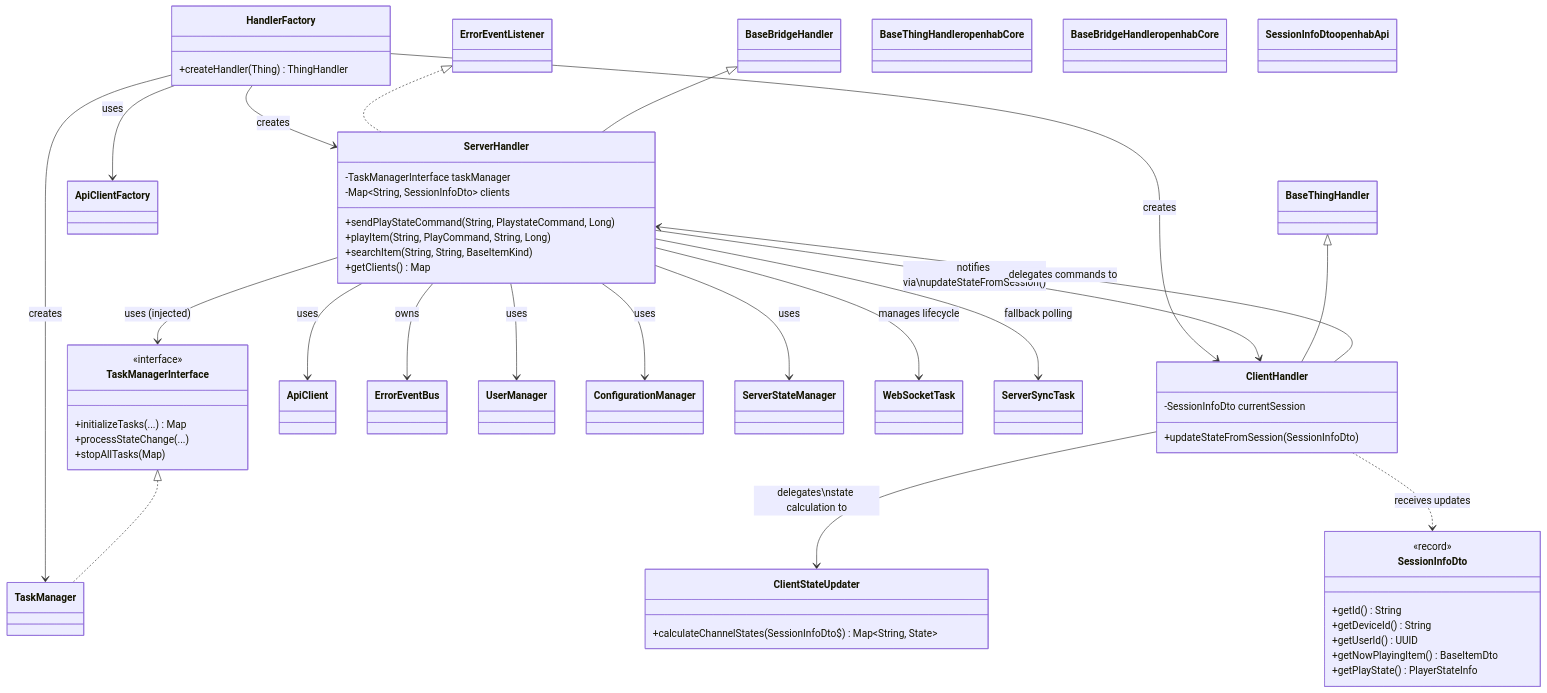
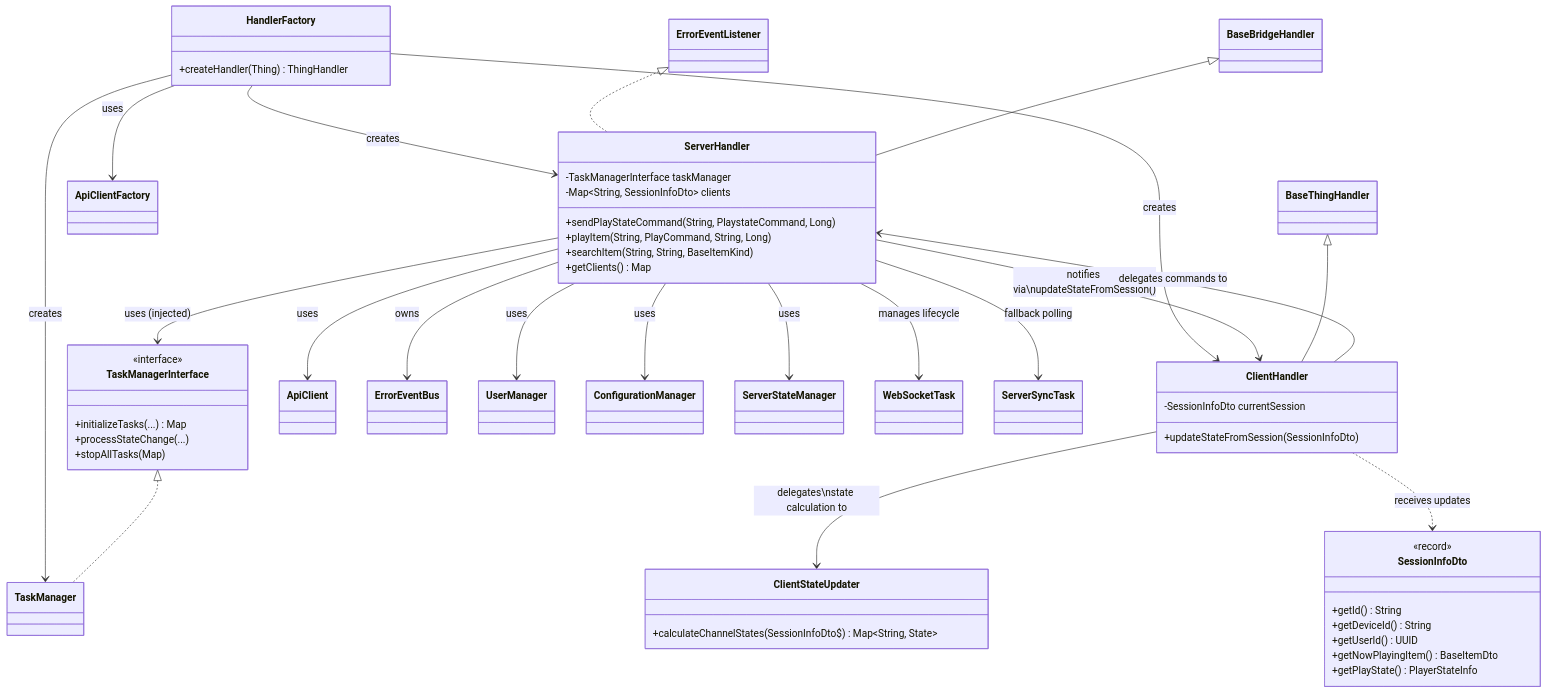
The diagram in bundles/org.openhab.binding.jellyfin/docs/architecture/core-handler.md (openhab/openhab-addons), drawn with Mermaid before and after one commit. The commit also changed 5 other files, not shown here.

First line of the commit message:
🐛 fix: Correct Mermaid cssClass syntax for color application

````diff
--- a/bundles/org.openhab.binding.jellyfin/docs/architecture/core-handler.md
+++ b/bundles/org.openhab.binding.jellyfin/docs/architecture/core-handler.md
@@ -6,73 +6,73 @@
 ```mermaid
 classDiagram
     %% Core handler relationships
     HandlerFactory --> ServerHandler : creates
     HandlerFactory --> ClientHandler : creates
     HandlerFactory --> TaskManager : creates
     HandlerFactory --> ApiClientFactory : uses
 
     ServerHandler --> TaskManagerInterface : uses (injected)
     ServerHandler --> ApiClient : uses
     ServerHandler --> ErrorEventBus : owns
     ServerHandler --> UserManager : uses
     ServerHandler --> ConfigurationManager : uses
     ServerHandler --> ServerStateManager : uses
     ServerHandler --> WebSocketTask : manages lifecycle
     ServerHandler --> ServerSyncTask : fallback polling
     ServerHandler --> ClientHandler : notifies via\nupdateStateFromSession()
 
     ClientHandler --> ServerHandler : delegates commands to
     ClientHandler --> ClientStateUpdater : delegates\nstate calculation to
     ClientHandler ..> SessionInfoDto : receives updates
 
     %% Key interfaces
     TaskManagerInterface <|.. TaskManager
     ErrorEventListener <|.. ServerHandler
     BaseBridgeHandler <|-- ServerHandler
     BaseThingHandler <|-- ClientHandler
 
     class HandlerFactory {
         +createHandler(Thing) ThingHandler
     }
 
     class ServerHandler {
         -TaskManagerInterface taskManager
         -Map~String, SessionInfoDto~ clients
         +sendPlayStateCommand(String, PlaystateCommand, Long)
         +playItem(String, PlayCommand, String, Long)
         +searchItem(String, String, BaseItemKind)
         +getClients() Map
     }
 
     class ClientHandler {
         -SessionInfoDto currentSession
         +updateStateFromSession(SessionInfoDto)
     }
 
     class ClientStateUpdater {
         +calculateChannelStates(SessionInfoDto$) Map~String, State~
     }
 
     class TaskManagerInterface {
         <<interface>>
         +initializeTasks(...) Map
         +processStateChange(...)
         +stopAllTasks(Map)
     }
 
     class SessionInfoDto {
         <<record>>
         +getId() String
         +getDeviceId() String
         +getUserId() UUID
         +getNowPlayingItem() BaseItemDto
         +getPlayState() PlayerStateInfo
     }
 
     %% Color scheme for external libraries
     classDef openhabCore fill:#ffb366,stroke:#cc8533,color:#000
     classDef openhabApi fill:#99dd99,stroke:#66bb66,color:#000
-    class BaseThingHandler openhabCore
-    class BaseBridgeHandler openhabCore
-    class SessionInfoDto openhabApi
+    cssClass "BaseThingHandler" openhabCore
+    cssClass "BaseBridgeHandler" openhabCore
+    cssClass "SessionInfoDto" openhabApi
 ```
````
